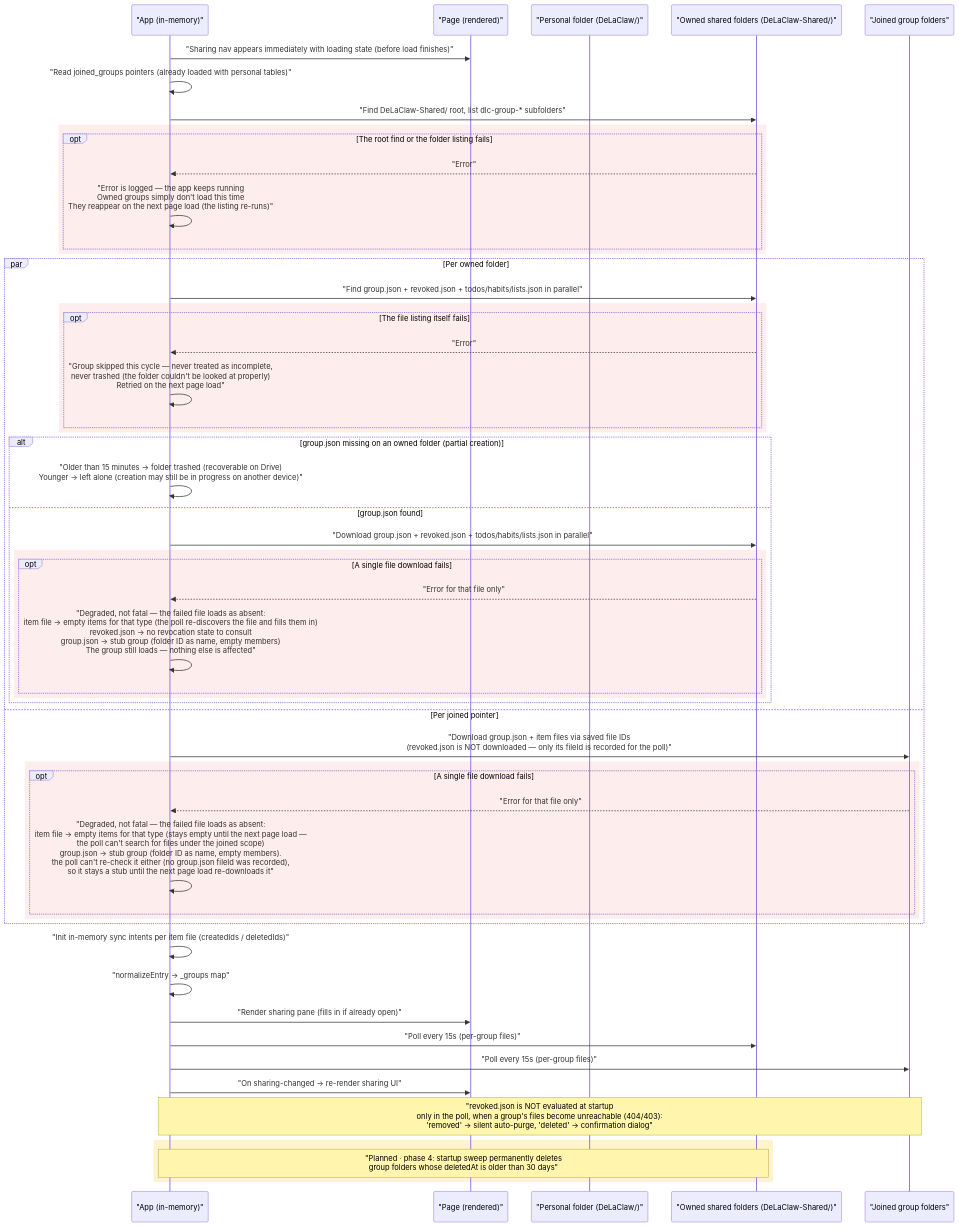
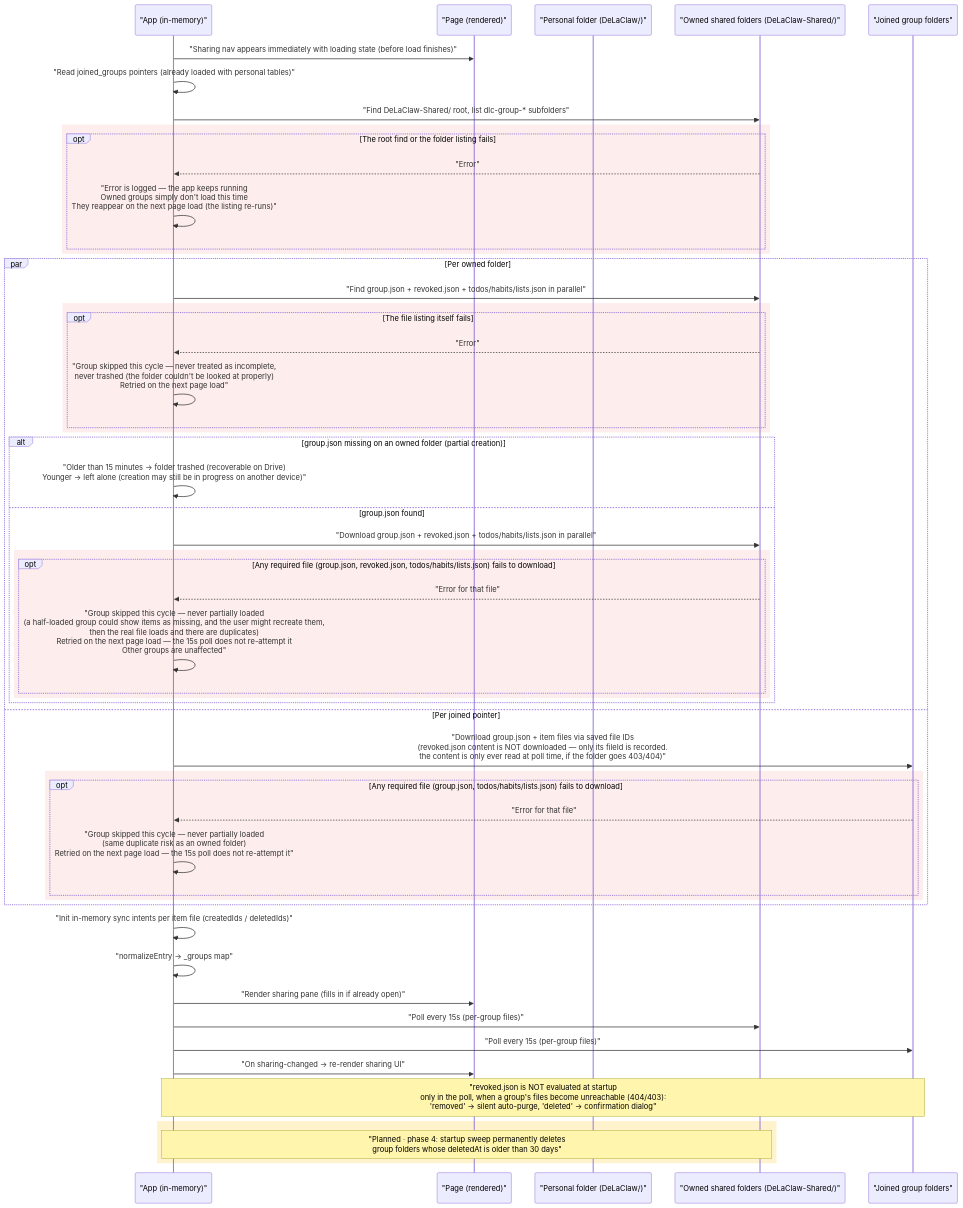
The fourth of 8 diagrams in docs-site/sync-architecture.md (AntGro/DeLaClaw), drawn with Mermaid before and after one commit. The commit also changed 7 other files, not shown here.

First line of the commit message:
feat(sharing): group load is all-or-nothing, never partially loaded

````diff
--- a/docs-site/sync-architecture.md
+++ b/docs-site/sync-architecture.md
@@ -230,61 +230,61 @@
 ```mermaid
 sequenceDiagram
     participant App as "App (in-memory)"
     participant Page as "Page (rendered)"
     participant PF as "Personal folder (DeLaClaw/)"
     participant OWN as "Owned shared folders (DeLaClaw-Shared/)"
     participant JOIN as "Joined group folders"
 
     App->>Page: "Sharing nav appears immediately with loading state (before load finishes)"
     App->>App: "Read joined_groups pointers (already loaded with personal tables)"
     App->>OWN: "Find DeLaClaw-Shared/ root, list dlc-group-* subfolders"
 
     rect rgb(253, 237, 236)
     opt The root find or the folder listing fails
         OWN-->>App: "Error"
         App->>App: "Error is logged — the app keeps running<br/>Owned groups simply don't load this time<br/>They reappear on the next page load (the listing re-runs)"
     end
     end
 
     par Per owned folder
         App->>OWN: "Find group.json + revoked.json + todos/habits/lists.json in parallel"
         rect rgb(253, 237, 236)
         opt The file listing itself fails
             OWN-->>App: "Error"
             App->>App: "Group skipped this cycle — never treated as incomplete,<br/>never trashed (the folder couldn't be looked at properly)<br/>Retried on the next page load"
         end
         end
         alt group.json missing on an owned folder (partial creation)
             App->>App: "Older than 15 minutes → folder trashed (recoverable on Drive)<br/>Younger → left alone (creation may still be in progress on another device)"
         else group.json found
             App->>OWN: "Download group.json + revoked.json + todos/habits/lists.json in parallel"
             rect rgb(253, 237, 236)
-            opt A single file download fails
-                OWN-->>App: "Error for that file only"
-                App->>App: "Degraded, not fatal — the failed file loads as absent:<br/>item file → empty items for that type (the poll re-discovers the file and fills them in)<br/>revoked.json → no revocation state to consult<br/>group.json → stub group (folder ID as name, empty members)<br/>The group still loads — nothing else is affected"
+            opt Any required file (group.json, revoked.json, todos/habits/lists.json) fails to download
+                OWN-->>App: "Error for that file"
+                App->>App: "Group skipped this cycle — never partially loaded<br/>(a half-loaded group could show items as missing, and the user might recreate them,<br/>then the real file loads and there are duplicates)<br/>Retried on the next page load — the 15s poll does not re-attempt it<br/>Other groups are unaffected"
             end
             end
         end
     and Per joined pointer
-        App->>JOIN: "Download group.json + item files via saved file IDs<br/>(revoked.json is NOT downloaded — only its fileId is recorded for the poll)"
+        App->>JOIN: "Download group.json + item files via saved file IDs<br/>(revoked.json content is NOT downloaded — only its fileId is recorded.<br/>the content is only ever read at poll time, if the folder goes 403/404)"
         rect rgb(253, 237, 236)
-        opt A single file download fails
-            JOIN-->>App: "Error for that file only"
-            App->>App: "Degraded, not fatal — the failed file loads as absent:<br/>item file → empty items for that type (stays empty until the next page load —<br/>the poll can't search for files under the joined scope)<br/>group.json → stub group (folder ID as name, empty members).<br/>the poll can't re-check it either (no group.json fileId was recorded),<br/>so it stays a stub until the next page load re-downloads it"
+        opt Any required file (group.json, todos/habits/lists.json) fails to download
+            JOIN-->>App: "Error for that file"
+            App->>App: "Group skipped this cycle — never partially loaded<br/>(same duplicate risk as an owned folder)<br/>Retried on the next page load — the 15s poll does not re-attempt it"
         end
         end
     end
 
     App->>App: "Init in-memory sync intents per item file (createdIds / deletedIds)"
     App->>App: "normalizeEntry → _groups map"
     App->>Page: "Render sharing pane (fills in if already open)"
     App->>OWN: "Poll every 15s (per-group files)"
     App->>JOIN: "Poll every 15s (per-group files)"
     App->>Page: "On sharing-changed → re-render sharing UI"
 
     Note over App,JOIN: "revoked.json is NOT evaluated at startup<br/>only in the poll, when a group's files become unreachable (404/403):<br/>'removed' → silent auto-purge, 'deleted' → confirmation dialog"
 
     rect rgb(255, 243, 205)
     Note over App,OWN: "Planned · phase 4: startup sweep permanently deletes<br/>group folders whose deletedAt is older than 30 days"
     end
 ```
````
